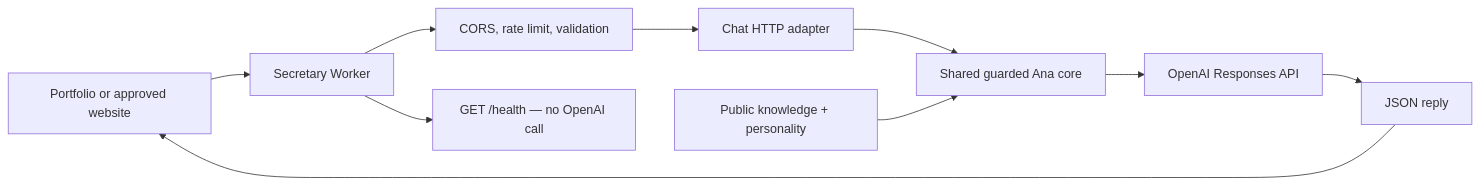
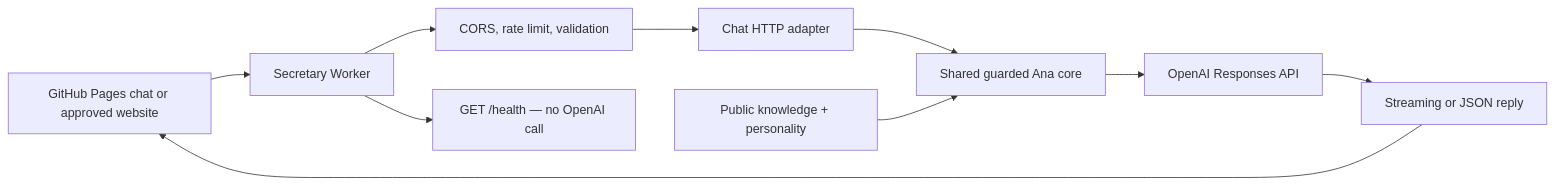
The diagram in README.md (danilostoletovic/secretary), drawn with Mermaid before and after one commit. The commit also changed other lines of this file and 10 other files, not shown here.

Commit message:
Add Ana chat and publish it to GitHub Pages

````diff
--- a/README.md
+++ b/README.md
@@ -17,12 +17,12 @@
 ```mermaid
 flowchart LR
-    Website[Portfolio or approved website] --> Worker[Secretary Worker]
+    Website[GitHub Pages chat or approved website] --> Worker[Secretary Worker]
     Worker --> Guards[CORS, rate limit, validation]
     Guards --> Chat[Chat HTTP adapter]
     Chat --> Core[Shared guarded Ana core]
     Knowledge[Public knowledge + personality] --> Core
     Core --> OpenAI[OpenAI Responses API]
-    OpenAI --> Reply[JSON reply]
+    OpenAI --> Reply[Streaming or JSON reply]
     Reply --> Website
     Worker --> Health[GET /health — no OpenAI call]
 ```
````
